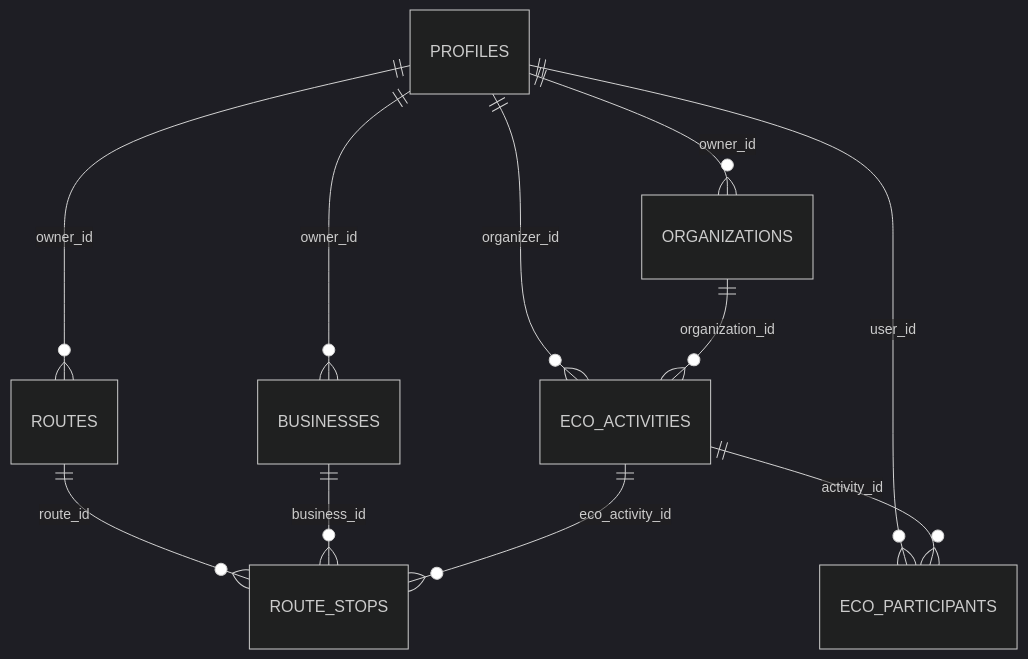
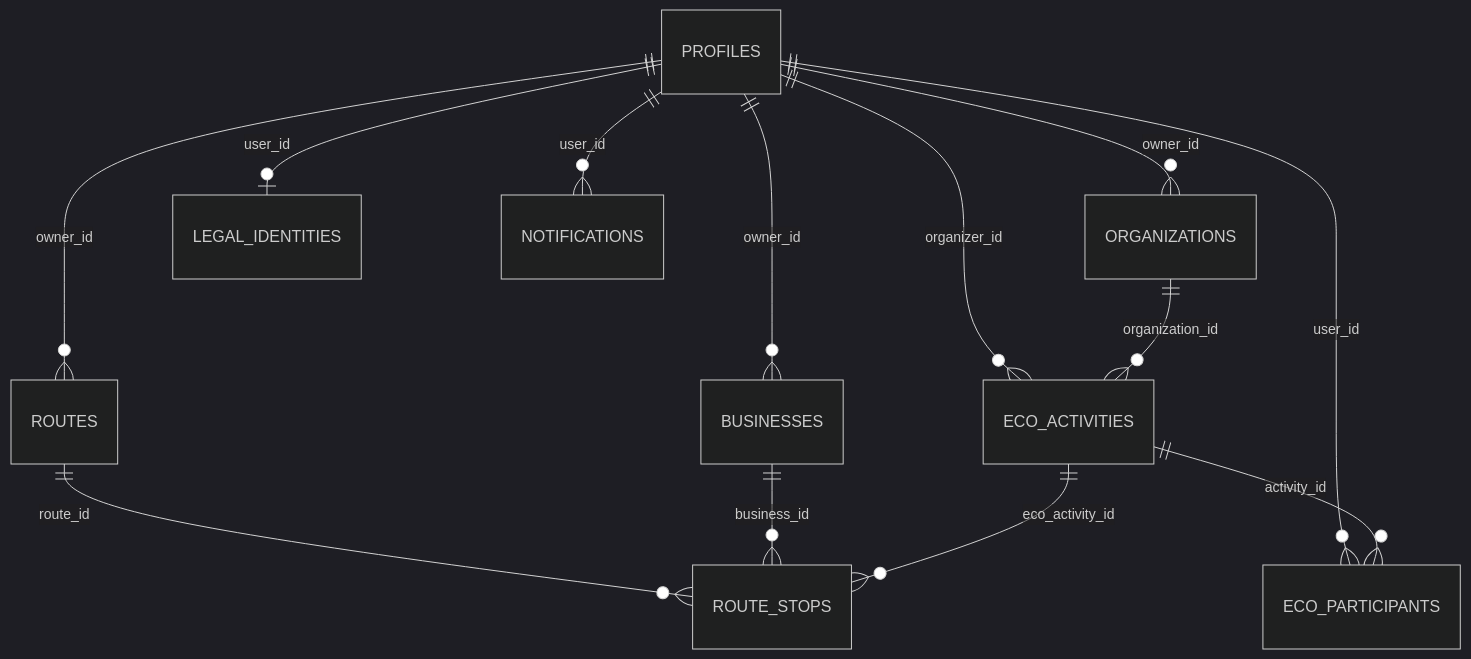
One commit to JaBaca67/Nikara-Hackathonic changed the diagram in README.md. Above: the diagram before and after it, drawn with Mermaid (dark theme). The commit also changed other lines of this file, not shown here.

````diff
--- a/README.md
+++ b/README.md
@@ -115,13 +128,15 @@
 ```mermaid
 erDiagram
     PROFILES ||--o{ BUSINESSES : "owner_id"
     PROFILES ||--o{ ORGANIZATIONS : "owner_id"
     PROFILES ||--o{ ROUTES : "owner_id"
     PROFILES ||--o{ ECO_ACTIVITIES : "organizer_id"
     PROFILES ||--o{ ECO_PARTICIPANTS : "user_id"
+    PROFILES ||--o| LEGAL_IDENTITIES : "user_id"
+    PROFILES ||--o{ NOTIFICATIONS : "user_id"
     ORGANIZATIONS ||--o{ ECO_ACTIVITIES : "organization_id"
     ECO_ACTIVITIES ||--o{ ECO_PARTICIPANTS : "activity_id"
     ROUTES ||--o{ ROUTE_STOPS : "route_id"
     BUSINESSES ||--o{ ROUTE_STOPS : "business_id"
     ECO_ACTIVITIES ||--o{ ROUTE_STOPS : "eco_activity_id"
 ```
````
